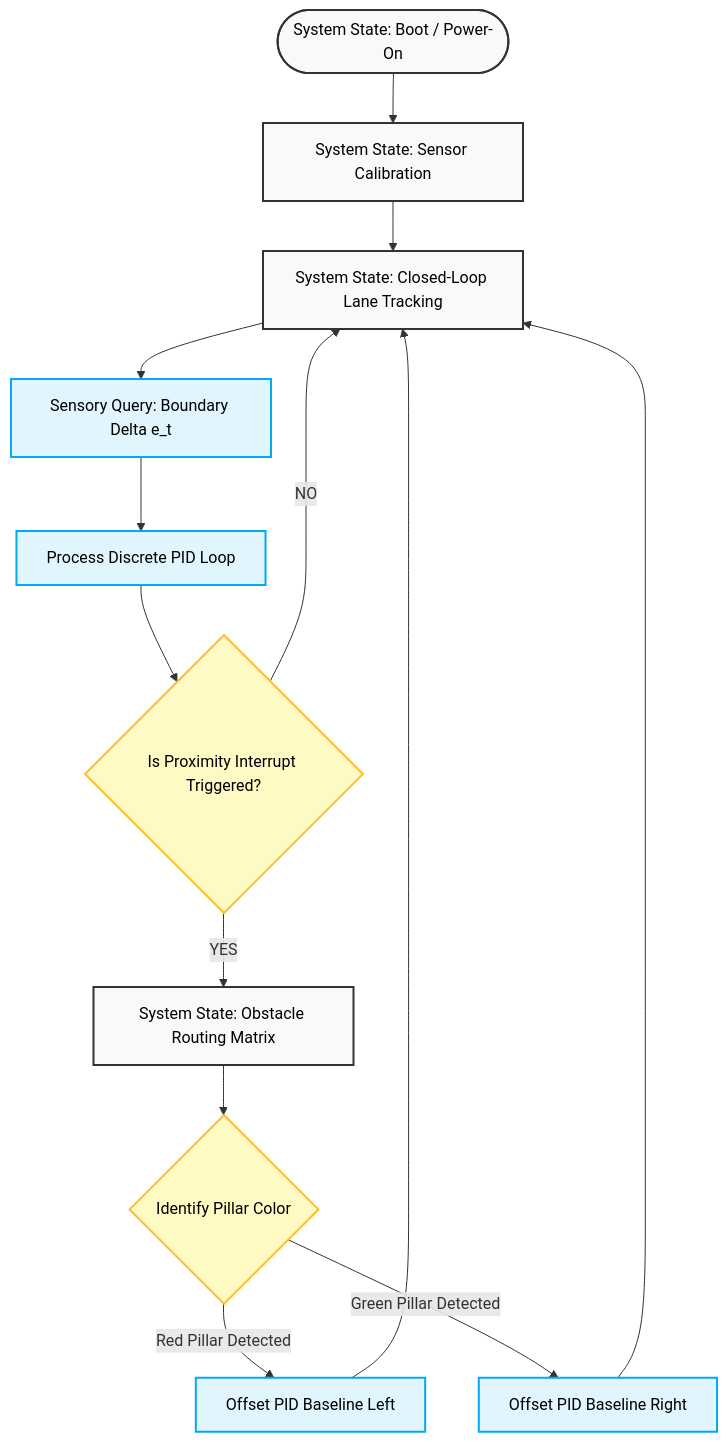
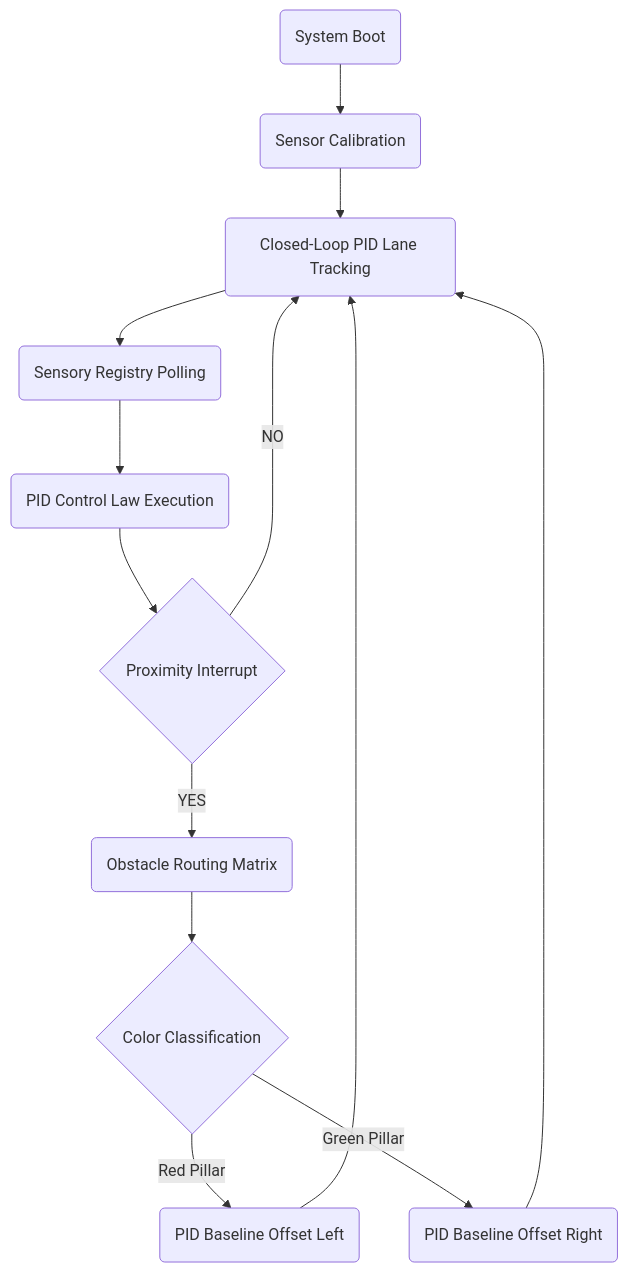
Before and after one commit to Piolintech123/WRO2026-FE-PiolinTech: the third of 3 diagrams in README.md, drawn with Mermaid. The commit also changed other lines of this file, not shown here.

````diff
--- a/README.md
+++ b/README.md
@@ -204,31 +500,16 @@
 ```mermaid
 graph TD
-    A([System State: Boot / Power-On]) --> B[System State: Sensor Calibration]
-    B --> C[System State: Closed-Loop Lane Tracking]
-    
-    C --> D[Sensory Query: Boundary Delta e_t]
-    D --> E[Process Discrete PID Loop]
-    E --> F{Is Proximity Interrupt Triggered?}
-    
+    A("System Boot") --> B("Sensor Calibration")
+    B --> C("Closed-Loop PID Lane Tracking")
+    C --> D("Sensory Registry Polling")
+    D --> E("PID Control Law Execution")
+    E --> F{"Proximity Interrupt"}
     F -- NO --> C
-    F -- YES --> G[System State: Obstacle Routing Matrix]
-    
-    G --> H{Identify Pillar Color}
-    H -- Red Pillar Detected --> I[Offset PID Baseline Left]
-    H -- Green Pillar Detected --> J[Offset PID Baseline Right]
-    
+    F -- YES --> G("Obstacle Routing Matrix")
+    G --> H{"Color Classification"}
+    H -- Red Pillar --> I("PID Baseline Offset Left")
+    H -- Green Pillar --> J("PID Baseline Offset Right")
     I --> C
     J --> C
 
-style A fill:#f9f9f9,stroke:#333,stroke-width:2px,color:#000
-    style B fill:#f9f9f9,stroke:#333,stroke-width:2px,color:#000
-    style C fill:#f9f9f9,stroke:#333,stroke-width:2px,color:#000
-    style G fill:#f9f9f9,stroke:#333,stroke-width:2px,color:#000
-    style D fill:#e1f5fe,stroke:#03a9f4,stroke-width:2px,color:#000
-    style E fill:#e1f5fe,stroke:#03a9f4,stroke-width:2px,color:#000
-    style I fill:#e1f5fe,stroke:#03a9f4,stroke-width:2px,color:#000
-    style J fill:#e1f5fe,stroke:#03a9f4,stroke-width:2px,color:#000
-    style F fill:#fff9c4,stroke:#fbc02d,stroke-width:2px,color:#000
-    style H fill:#fff9c4,stroke:#fbc02d,stroke-width:2px,color:#000
-
 ```
````
